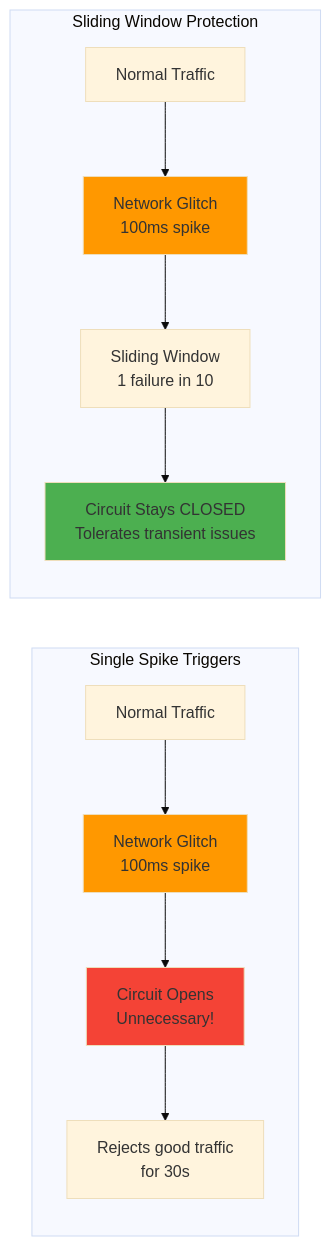
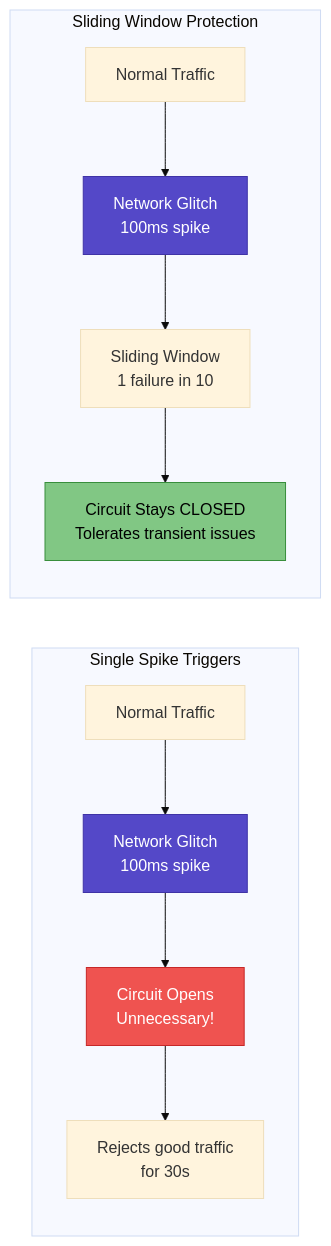
Diagram 11 of 14 in docs/patterns/circuit-breaker.md (deepaucksharma/DStudio), drawn with Mermaid (base theme) before and after one commit. The commit also changed other lines of this file and 43 other files, not shown here.

````diff
--- a/docs/patterns/circuit-breaker.md
+++ b/docs/patterns/circuit-breaker.md
@@ -826,19 +934,21 @@
 ```mermaid
 flowchart LR
     subgraph "Single Spike Triggers"
         N1[Normal Traffic] --> G1[Network Glitch<br/>100ms spike]
         G1 --> CB1[Circuit Opens<br/>Unnecessary!]
         CB1 --> RE1[Rejects good traffic<br/>for 30s]
     end
     
     subgraph "Sliding Window Protection"
         N2[Normal Traffic] --> G2[Network Glitch<br/>100ms spike]
         G2 --> SW[Sliding Window<br/>1 failure in 10]
         SW --> CB2[Circuit Stays CLOSED<br/>Tolerates transient issues]
     end
     
-    style G1 fill:#ff9800
-    style CB1 fill:#f44336
-    style G2 fill:#ff9800
-    style CB2 fill:#4caf50
+    classDef gateway fill:#5448C8,stroke:#3f33a6,color:#fff
+    classDef cbOpen fill:#ef5350,stroke:#c62828,color:#fff
+    classDef cbClosed fill:#81c784,stroke:#388e3c,color:#000
+    class G1,G2 gateway
+    class CB1 cbOpen
+    class CB2 cbClosed
 ```
````
